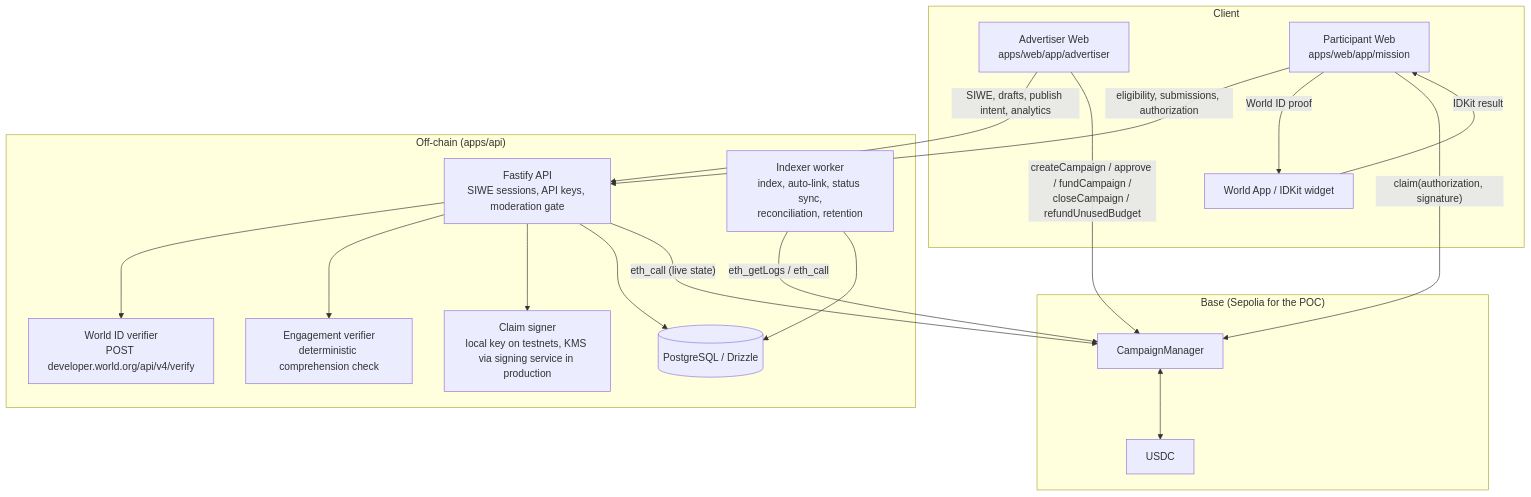
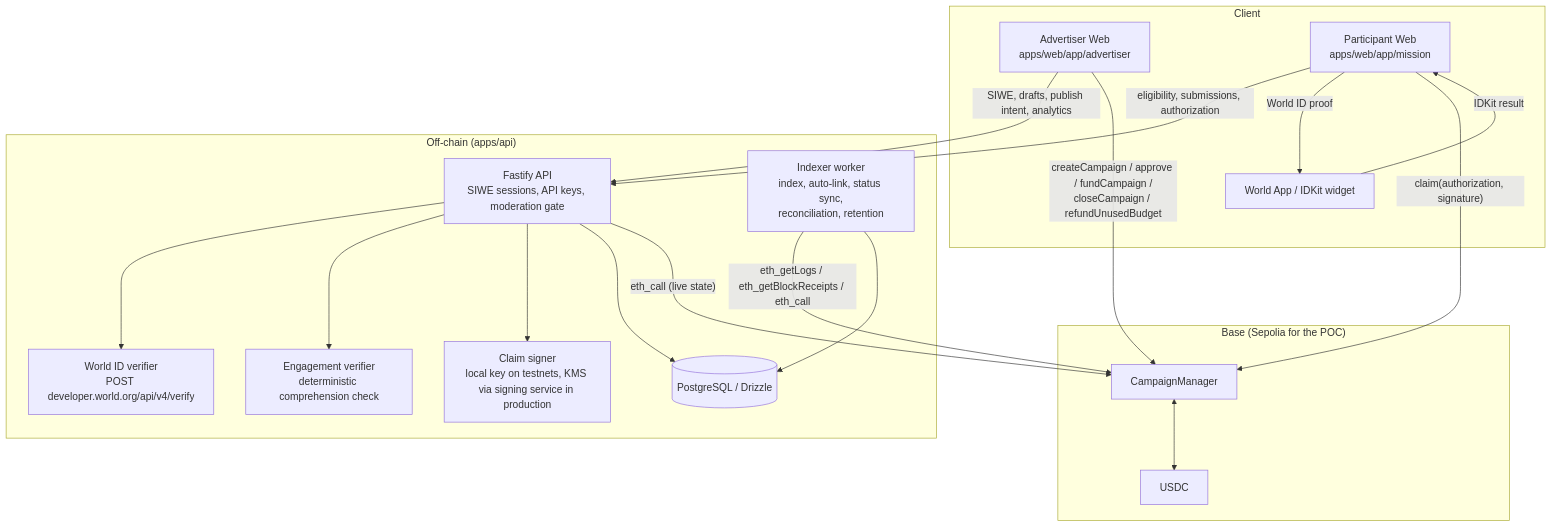
One commit to ChiJiun/verified-human-attention-market changed the first of 2 diagrams in docs/architecture/MVP_ARCHITECTURE.md. Above: the diagram before and after it, drawn with Mermaid. The commit also changed 14 other files, not shown here.

First line of the commit message:
fix(api): never commit a range whose getLogs answer omits events (#106)

````diff
--- a/docs/architecture/MVP_ARCHITECTURE.md
+++ b/docs/architecture/MVP_ARCHITECTURE.md
@@ -11,37 +11,37 @@
 ```mermaid
 flowchart TB
   subgraph Client
     A[Advertiser Web<br/>apps/web/app/advertiser]
     U[Participant Web<br/>apps/web/app/mission]
     W[World App / IDKit widget]
   end
 
   subgraph Offchain["Off-chain (apps/api)"]
     API[Fastify API<br/>SIWE sessions, API keys, moderation gate]
     WV[World ID verifier<br/>POST developer.world.org/api/v4/verify]
     EV[Engagement verifier<br/>deterministic comprehension check]
     SIGN[Claim signer<br/>local key on testnets, KMS via signing service in production]
     DB[(PostgreSQL / Drizzle)]
     IDX[Indexer worker<br/>index, auto-link, status sync,<br/>reconciliation, retention]
   end
 
   subgraph Base["Base (Sepolia for the POC)"]
     CM[CampaignManager]
     USDC[USDC]
   end
 
   A -- SIWE, drafts, publish intent, analytics --> API
   A -- createCampaign / approve / fundCampaign /<br/>closeCampaign / refundUnusedBudget --> CM
   U -- eligibility, submissions, authorization --> API
   U -- World ID proof --> W
   W -- IDKit result --> U
   API --> WV
   API --> EV
   API --> SIGN
   API --> DB
   U -- claim(authorization, signature) --> CM
   CM <--> USDC
-  IDX -- eth_getLogs / eth_call --> CM
+  IDX -- eth_getLogs / eth_getBlockReceipts / eth_call --> CM
   IDX --> DB
   API -- eth_call (live state) --> CM
 ```
````
